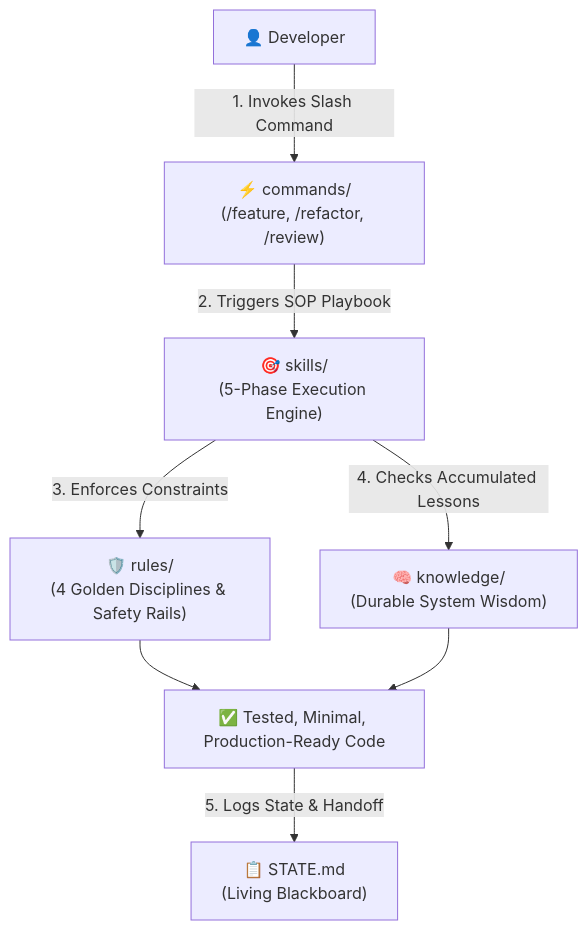
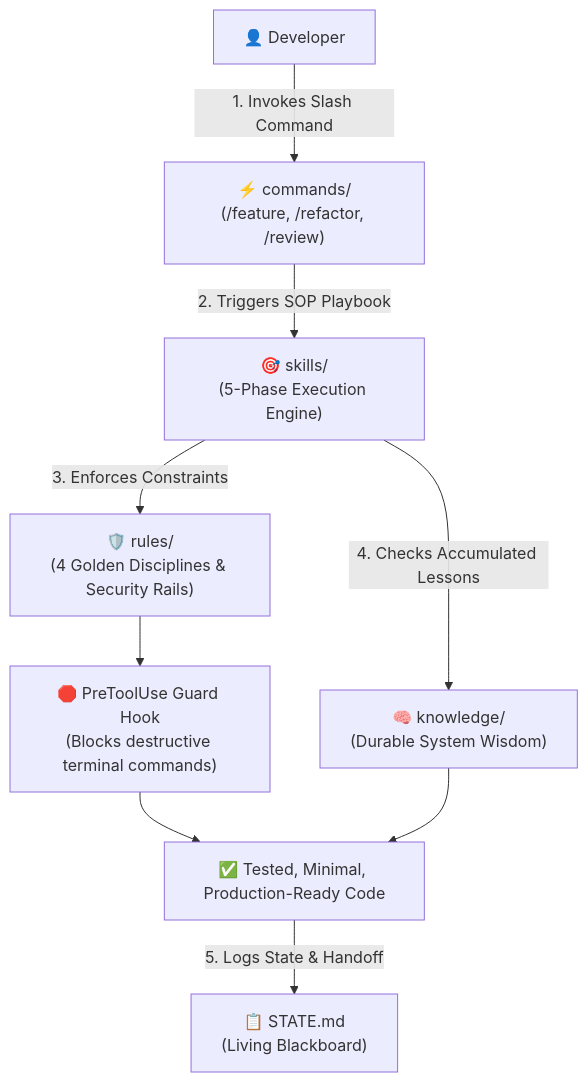
One commit to vantu1998/universal-ai-starter changed the diagram in README.md. Above: the diagram before and after it, drawn with Mermaid. The commit also changed other lines of this file and 1 other file, not shown here.

Commit message:
docs: polish README and setup guide with v1.2.0 template, guard hooks, and security architecture

````diff
--- a/README.md
+++ b/README.md
@@ -42,10 +99,11 @@
 ```mermaid
 flowchart TD
     User["👤 Developer"] -->|1. Invokes Slash Command| Cmd["⚡ commands/<br/>(/feature, /refactor, /review)"]
     Cmd -->|2. Triggers SOP Playbook| Skill["🎯 skills/<br/>(5-Phase Execution Engine)"]
-    Skill -->|3. Enforces Constraints| Rules["🛡️ rules/<br/>(4 Golden Disciplines & Safety Rails)"]
+    Skill -->|3. Enforces Constraints| Rules["🛡️ rules/<br/>(4 Golden Disciplines & Security Rails)"]
     Skill -->|4. Checks Accumulated Lessons| Knowledge["🧠 knowledge/<br/>(Durable System Wisdom)"]
-    Rules --> Result["✅ Tested, Minimal, Production-Ready Code"]
+    Rules --> Hook["🛑 PreToolUse Guard Hook<br/>(Blocks destructive terminal commands)"]
+    Hook --> Result["✅ Tested, Minimal, Production-Ready Code"]
     Knowledge --> Result
     Result -->|5. Logs State & Handoff| State["📋 STATE.md<br/>(Living Blackboard)"]
 ```
````
